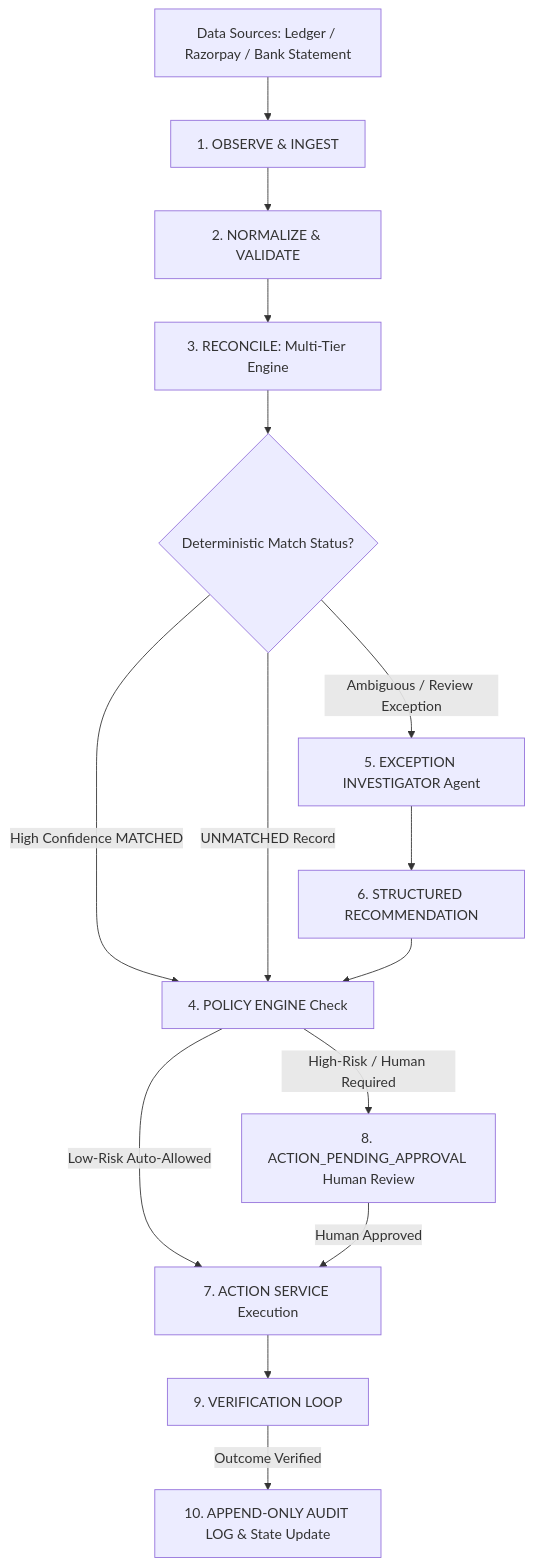
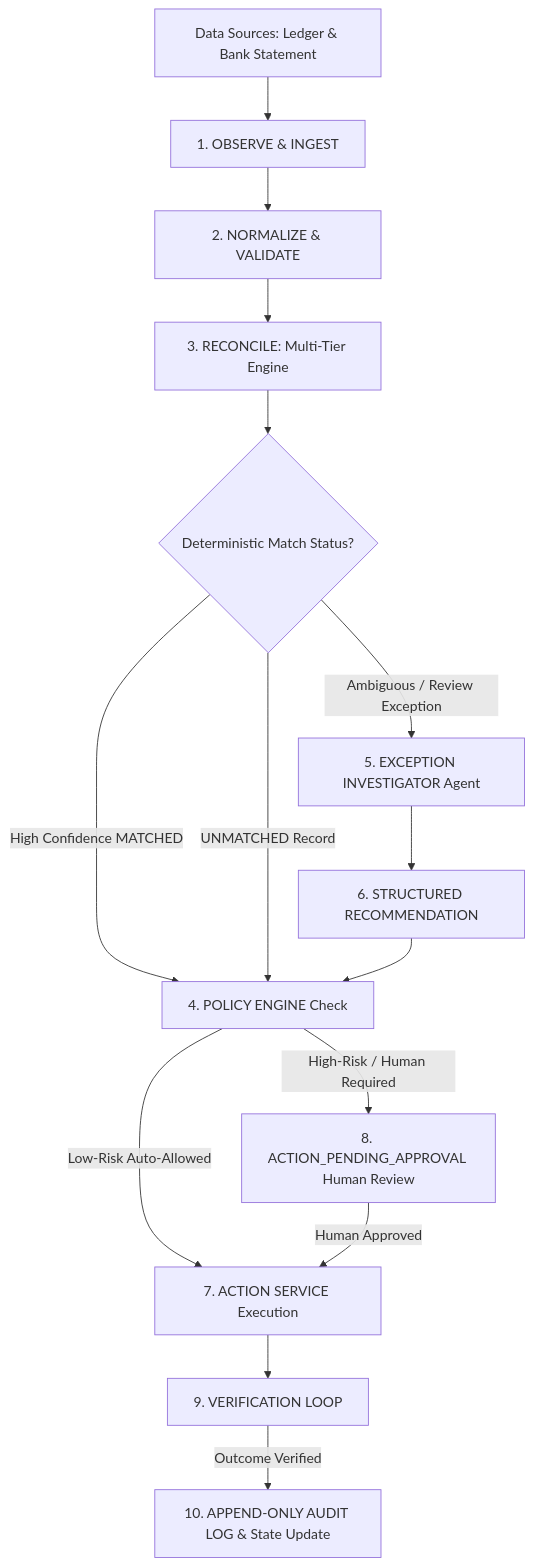
One commit to SHUBHANSHU602/LedgerLens changed the diagram in README.md. Above: the diagram before and after it, drawn with Mermaid. The commit also changed other lines of this file, not shown here.

Commit message:
docs: update README with UI modes, Groq rate limiting, and bounded architecture

````diff
--- a/README.md
+++ b/README.md
@@ -31,17 +80,17 @@
 ```mermaid
 graph TD
-    A[Data Sources: Ledger / Razorpay / Bank Statement] --> B[1. OBSERVE & INGEST]
+    A[Data Sources: Ledger & Bank Statement] --> B[1. OBSERVE & INGEST]
     B --> C[2. NORMALIZE & VALIDATE]
     C --> D[3. RECONCILE: Multi-Tier Engine]
     D --> E{Deterministic Match Status?}
     E -- "High Confidence MATCHED" --> F[4. POLICY ENGINE Check]
     E -- "Ambiguous / Review Exception" --> G[5. EXCEPTION INVESTIGATOR Agent]
     E -- "UNMATCHED Record" --> F
     G --> H[6. STRUCTURED RECOMMENDATION]
     H --> F
     F -- "Low-Risk Auto-Allowed" --> I[7. ACTION SERVICE Execution]
     F -- "High-Risk / Human Required" --> J[8. ACTION_PENDING_APPROVAL Human Review]
     I --> K[9. VERIFICATION LOOP]
     J -- "Human Approved" --> I
     K -- "Outcome Verified" --> L[10. APPEND-ONLY AUDIT LOG & State Update]
 ```
````
